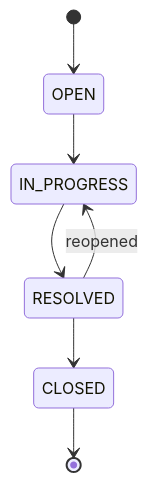
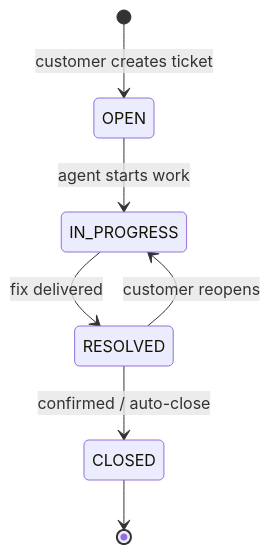
Before and after one commit to ShashankSingh2020/support-ticket-system: the second of 4 diagrams in README.md, drawn with Mermaid. The commit also changed other lines of this file, not shown here.

````diff
--- a/README.md
+++ b/README.md
@@ -102,9 +168,9 @@
 ```mermaid
 stateDiagram-v2
-    [*] --> OPEN
-    OPEN --> IN_PROGRESS
-    IN_PROGRESS --> RESOLVED
-    RESOLVED --> CLOSED
-    RESOLVED --> IN_PROGRESS: reopened
+    [*] --> OPEN: customer creates ticket
+    OPEN --> IN_PROGRESS: agent starts work
+    IN_PROGRESS --> RESOLVED: fix delivered
+    RESOLVED --> CLOSED: confirmed / auto-close
+    RESOLVED --> IN_PROGRESS: customer reopens
     CLOSED --> [*]
 ```
````
